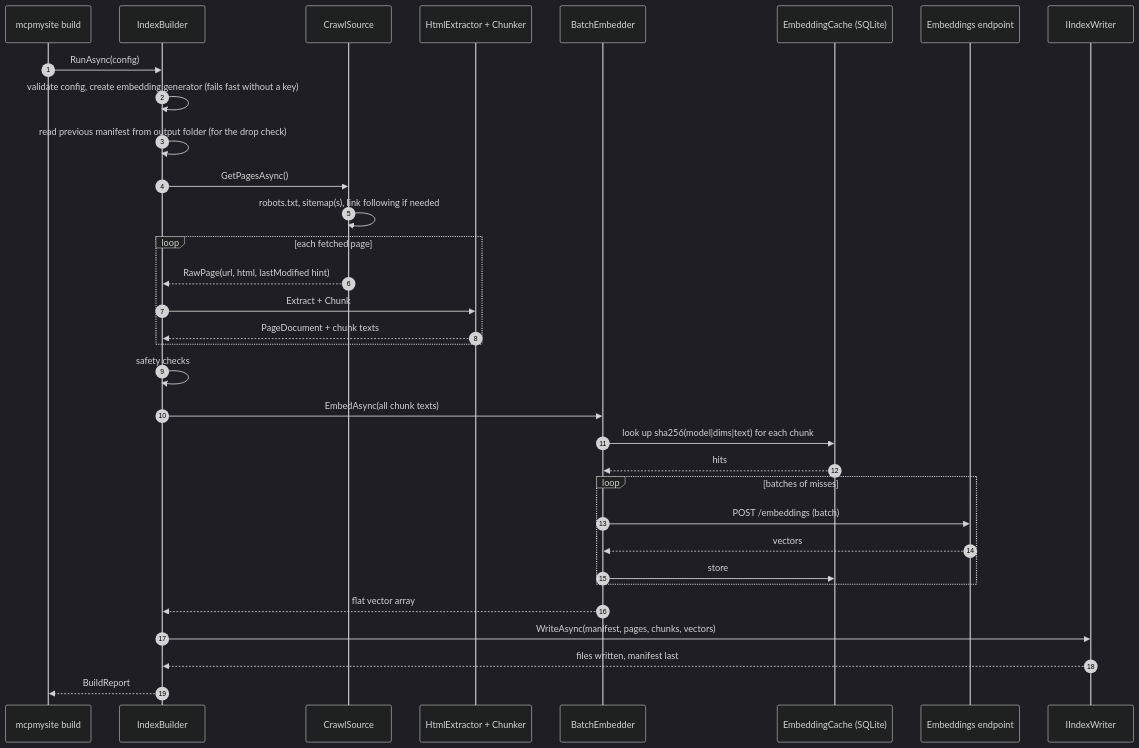
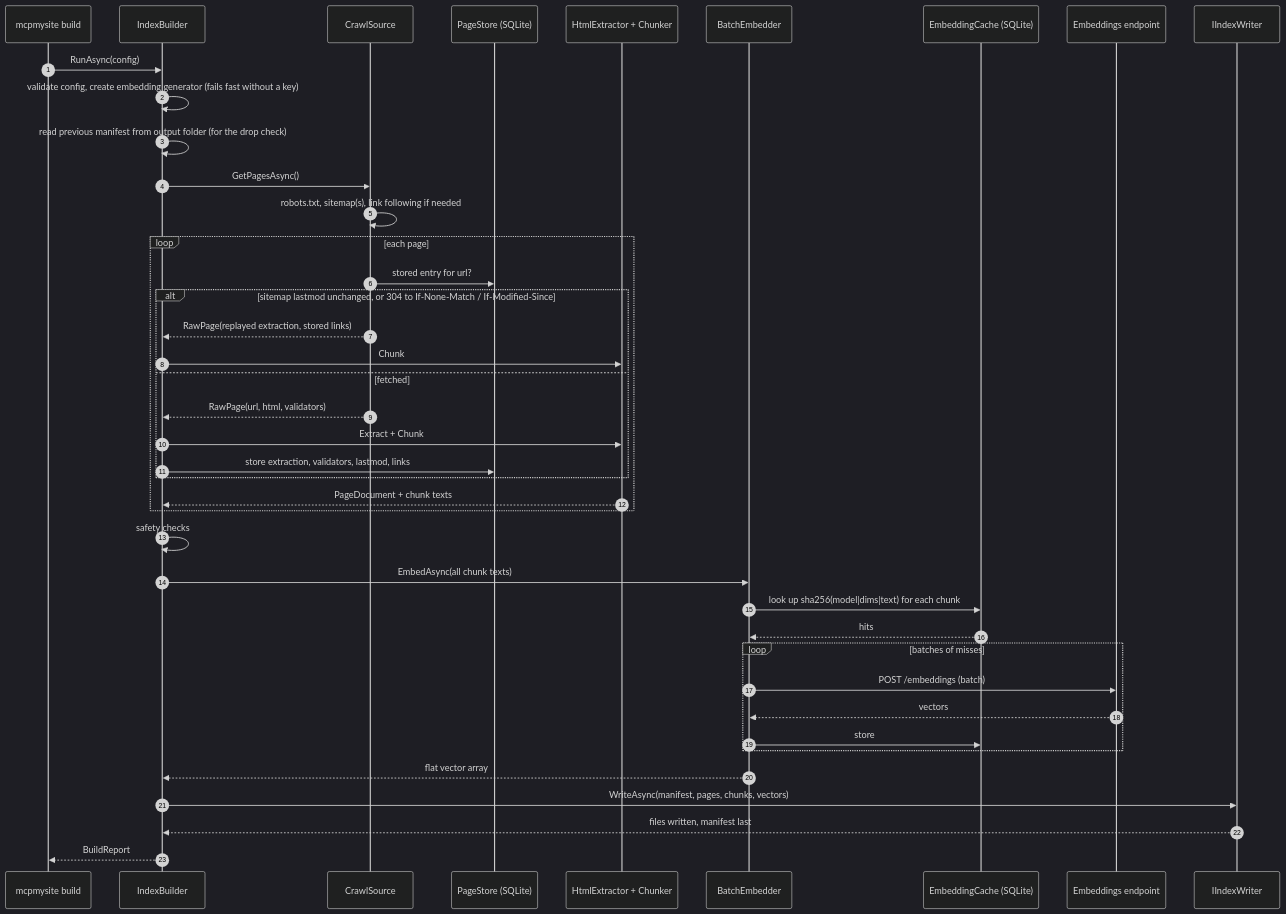
The seventh of 12 diagrams in docs/architecture.md (pournasserian/mcp-my-site), drawn with Mermaid (dark theme) before and after one commit. The commit also changed other lines of this file and 11 other files, not shown here.

Commit message:
Skip unchanged pages on rebuild with a page store

````diff
--- a/docs/architecture.md
+++ b/docs/architecture.md
@@ -242,36 +244,44 @@
 ```mermaid
 sequenceDiagram
     autonumber
     participant CLI as mcpmysite build
     participant B as IndexBuilder
     participant S as CrawlSource
+    participant PS as PageStore (SQLite)
     participant X as HtmlExtractor + Chunker
     participant E as BatchEmbedder
     participant C as EmbeddingCache (SQLite)
     participant P as Embeddings endpoint
     participant W as IIndexWriter
 
     CLI->>B: RunAsync(config)
     B->>B: validate config, create embedding generator (fails fast without a key)
     B->>B: read previous manifest from output folder (for the drop check)
     B->>S: GetPagesAsync()
     S->>S: robots.txt, sitemap(s), link following if needed
-    loop each fetched page
-        S-->>B: RawPage(url, html, lastModified hint)
-        B->>X: Extract + Chunk
+    loop each page
+        S->>PS: stored entry for url?
+        alt sitemap lastmod unchanged, or 304 to If-None-Match / If-Modified-Since
+            S-->>B: RawPage(replayed extraction, stored links)
+            B->>X: Chunk
+        else fetched
+            S-->>B: RawPage(url, html, validators)
+            B->>X: Extract + Chunk
+            B->>PS: store extraction, validators, lastmod, links
+        end
         X-->>B: PageDocument + chunk texts
     end
     B->>B: safety checks
     B->>E: EmbedAsync(all chunk texts)
     E->>C: look up sha256(model|dims|text) for each chunk
     C-->>E: hits
     loop batches of misses
         E->>P: POST /embeddings (batch)
         P-->>E: vectors
         E->>C: store
     end
     E-->>B: flat vector array
     B->>W: WriteAsync(manifest, pages, chunks, vectors)
     W-->>B: files written, manifest last
     B-->>CLI: BuildReport
 ```
````
